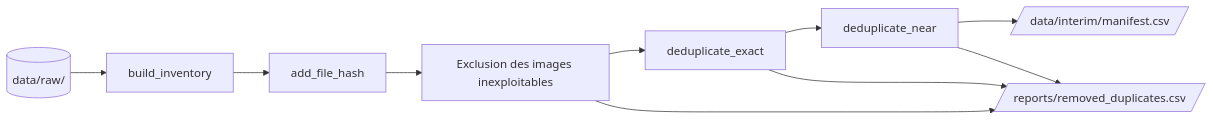
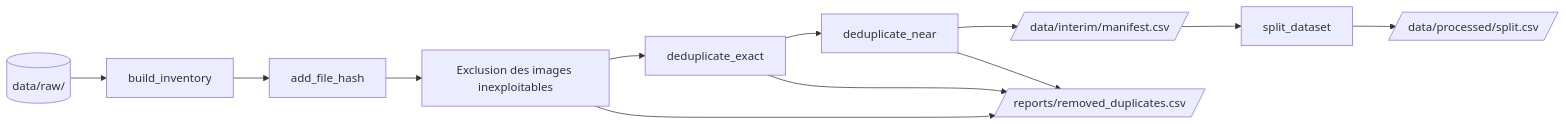
Before and after one commit to lefevrk/OC-Appliquez-des-approches-semi-supervisees: the diagram in docs/docs/pipeline/preparation.md, drawn with Mermaid. The commit also changed other lines of this file and 10 other files, not shown here.

````diff
--- a/docs/docs/pipeline/preparation.md
+++ b/docs/docs/pipeline/preparation.md
@@ -7,12 +7,14 @@
 ```mermaid
 flowchart LR
     RAW[(data/raw/)] --> INV[build_inventory]
     INV --> HASH[add_file_hash]
     HASH --> EXCL[Exclusion des images inexploitables]
     EXCL --> EXACT[deduplicate_exact]
     EXACT --> NEAR[deduplicate_near]
     NEAR --> MAN[/data/interim/manifest.csv/]
+    MAN --> SPLIT[split_dataset]
+    SPLIT --> SPL[/data/processed/split.csv/]
     EXCL --> REP[/reports/removed_duplicates.csv/]
     EXACT --> REP
     NEAR --> REP
 ```
````
